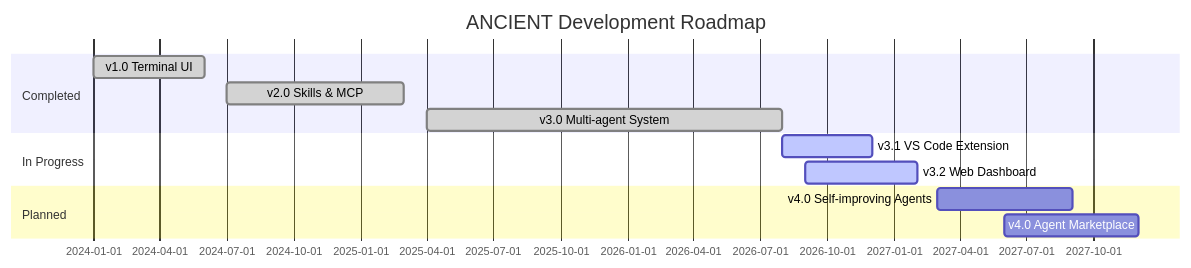
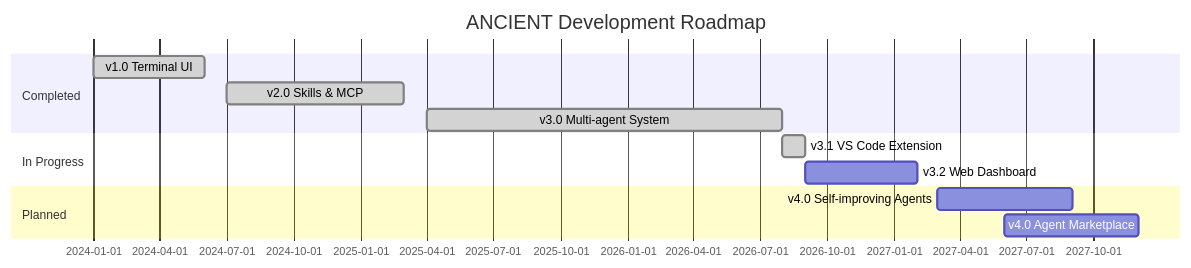
The fourth of 4 diagrams in README.md (D-engahmed/ancient), drawn with Mermaid before and after one commit. The commit also changed other lines of this file and 20 other files, not shown here.

````diff
--- a/README.md
+++ b/README.md
@@ -397,15 +397,15 @@
 ```mermaid
 gantt
     title ANCIENT Development Roadmap
     dateFormat  YYYY-MM
     section Completed
     v1.0 Terminal UI           :done, 2024-01, 2024-06
     v2.0 Skills & MCP          :done, 2024-07, 2025-03
     v3.0 Multi-agent System    :done, 2025-04, 2026-08
     section In Progress
-    v3.1 VS Code Extension     :active, 2026-08, 2026-12
-    v3.2 Web Dashboard         :active, 2026-09, 2027-02
+    v3.1 VS Code Extension     :done, 2026-08, 2026-09
+    v3.2 Web Dashboard         :2026-09, 2027-02
     section Planned
     v4.0 Self-improving Agents :2027-03, 2027-09
     v4.0 Agent Marketplace     :2027-06, 2027-12
 ```
````
